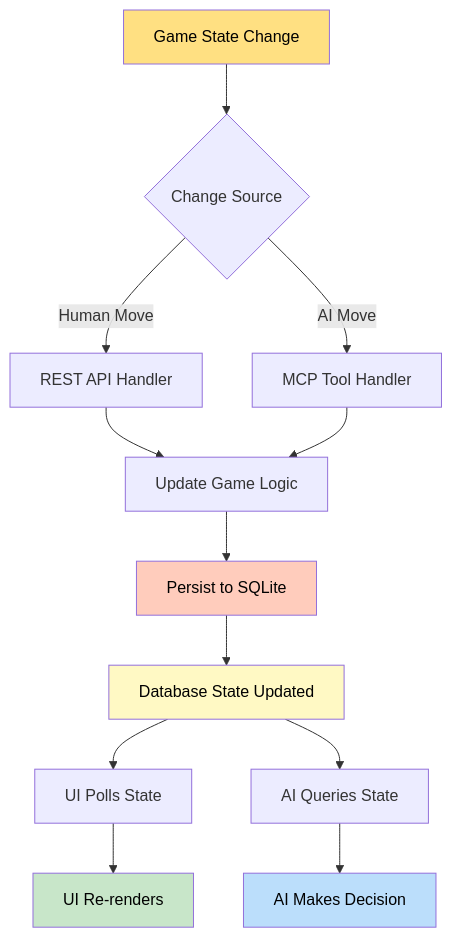
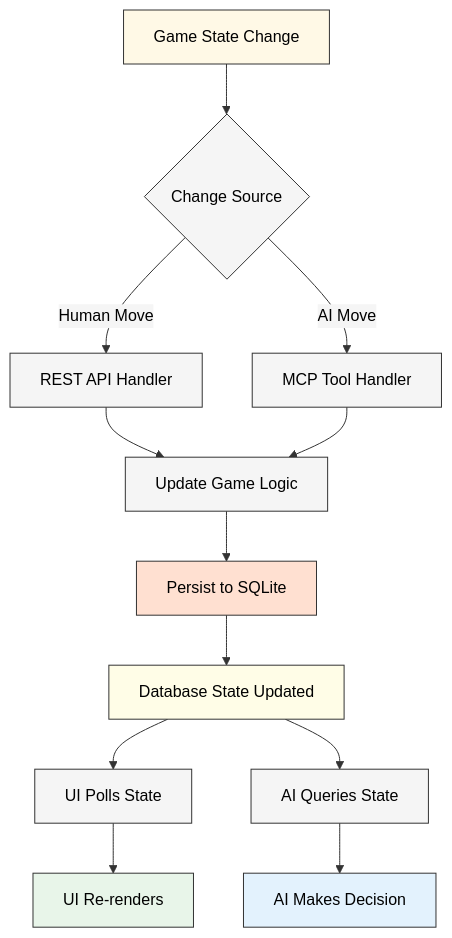
Diagram 11 of 16 in wiki/Data-Flow.md (sw-game-dev/game-mcp-poc), drawn with Mermaid before and after one commit. The commit also changed other lines of this file and 6 other files, not shown here.

First line of the commit message:
fix: Improve mermaid diagram contrast with theme and lighter colors

````diff
--- a/wiki/Data-Flow.md
+++ b/wiki/Data-Flow.md
@@ -365,26 +375,27 @@
 ```mermaid
+%%{init: {'theme':'base', 'themeVariables': {'primaryColor':'#f5f5f5','primaryTextColor':'#000','primaryBorderColor':'#333','lineColor':'#333','secondaryColor':'#f5f5f5','tertiaryColor':'#f5f5f5'}}}%%
 graph TB
     A[Game State Change] --> B{Change Source}
 
     B -->|Human Move| C[REST API Handler]
     B -->|AI Move| D[MCP Tool Handler]
 
     C --> E[Update Game Logic]
     D --> E
 
     E --> F[Persist to SQLite]
 
     F --> G[Database State Updated]
 
     G --> H[UI Polls State]
     G --> I[AI Queries State]
 
     H --> J[UI Re-renders]
     I --> K[AI Makes Decision]
 
-    style A fill:#ffe082,color:#000
-    style F fill:#ffccbc,color:#000
-    style G fill:#fff9c4,color:#000
-    style J fill:#c8e6c9,color:#000
-    style K fill:#bbdefb,color:#000
+    style A fill:#fff9e6,color:#000
+    style F fill:#ffe0d1,color:#000
+    style G fill:#fffde7,color:#000
+    style J fill:#e8f5e9,color:#000
+    style K fill:#e3f2fd,color:#000
 ```
````
